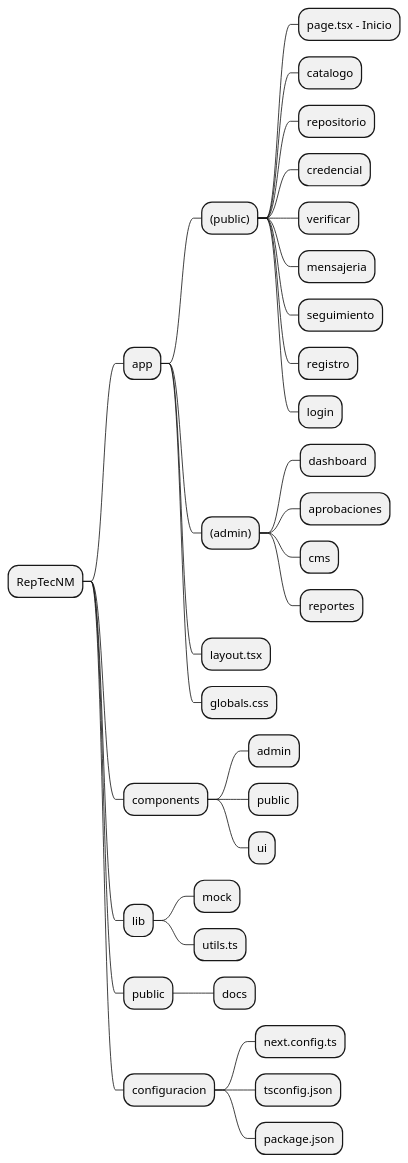
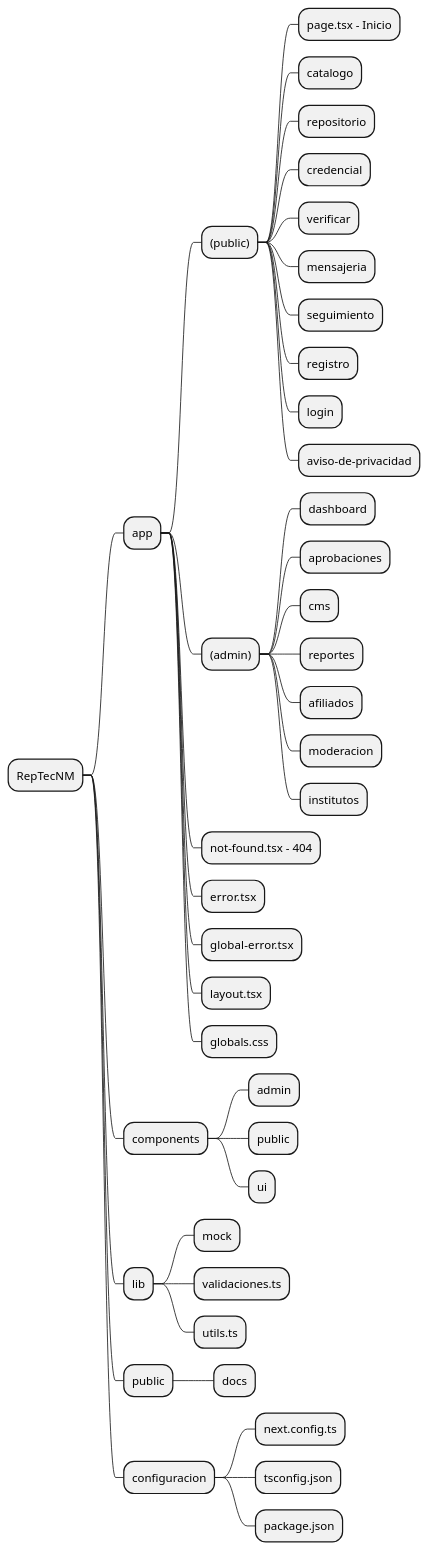
One commit to Alberth812/RepTecNM changed the diagram in docs/estructura.puml. Above: the diagram before and after it, drawn with PlantUML. The commit also changed 3 other files, not shown here.

```diff
--- a/docs/estructura.puml
+++ b/docs/estructura.puml
@@ -1,35 +1,43 @@
 @startmindmap
 skinparam backgroundColor transparent
 * RepTecNM
 ** app
 *** (public)
 **** page.tsx - Inicio
 **** catalogo
 **** repositorio
 **** credencial
 **** verificar
 **** mensajeria
 **** seguimiento
 **** registro
 **** login
+**** aviso-de-privacidad
 *** (admin)
 **** dashboard
 **** aprobaciones
 **** cms
 **** reportes
+**** afiliados
+**** moderacion
+**** institutos
+*** not-found.tsx - 404
+*** error.tsx
+*** global-error.tsx
 *** layout.tsx
 *** globals.css
 ** components
 *** admin
 *** public
 *** ui
 ** lib
 *** mock
+*** validaciones.ts
 *** utils.ts
 ** public
 *** docs
 ** configuracion
 *** next.config.ts
 *** tsconfig.json
 *** package.json
 @endmindmap
```
